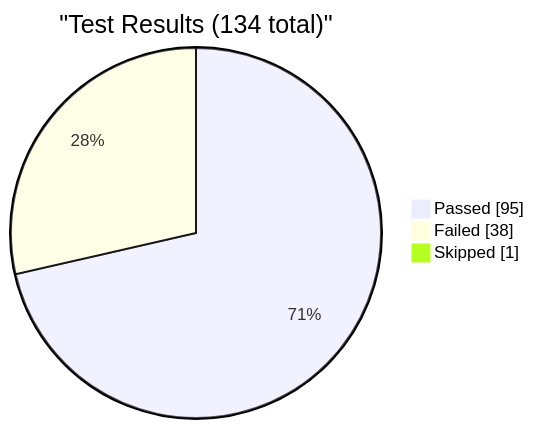
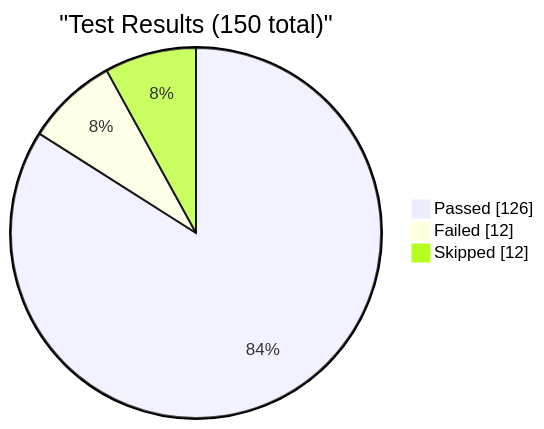
Before and after one commit to EliteaAI/onetest-ai-tm-Elitea: the first of 4 diagrams in reports/dashboard.md, drawn with Mermaid. The commit also changed other lines of this file and 2 other files, not shown here.

Commit message:
dashboard: update test metrics for RUN-ELITEA-2026-08-21-30-DEV-STABLE-ALL-FAILED

````diff
--- a/reports/dashboard.md
+++ b/reports/dashboard.md
@@ -9,7 +9,7 @@
 ```mermaid
 pie showData
-    title "Test Results (134 total)"
-    "Passed" : 95
-    "Failed" : 38
-    "Skipped" : 1
+    title "Test Results (150 total)"
+    "Passed" : 126
+    "Failed" : 12
+    "Skipped" : 12
 ```
````
